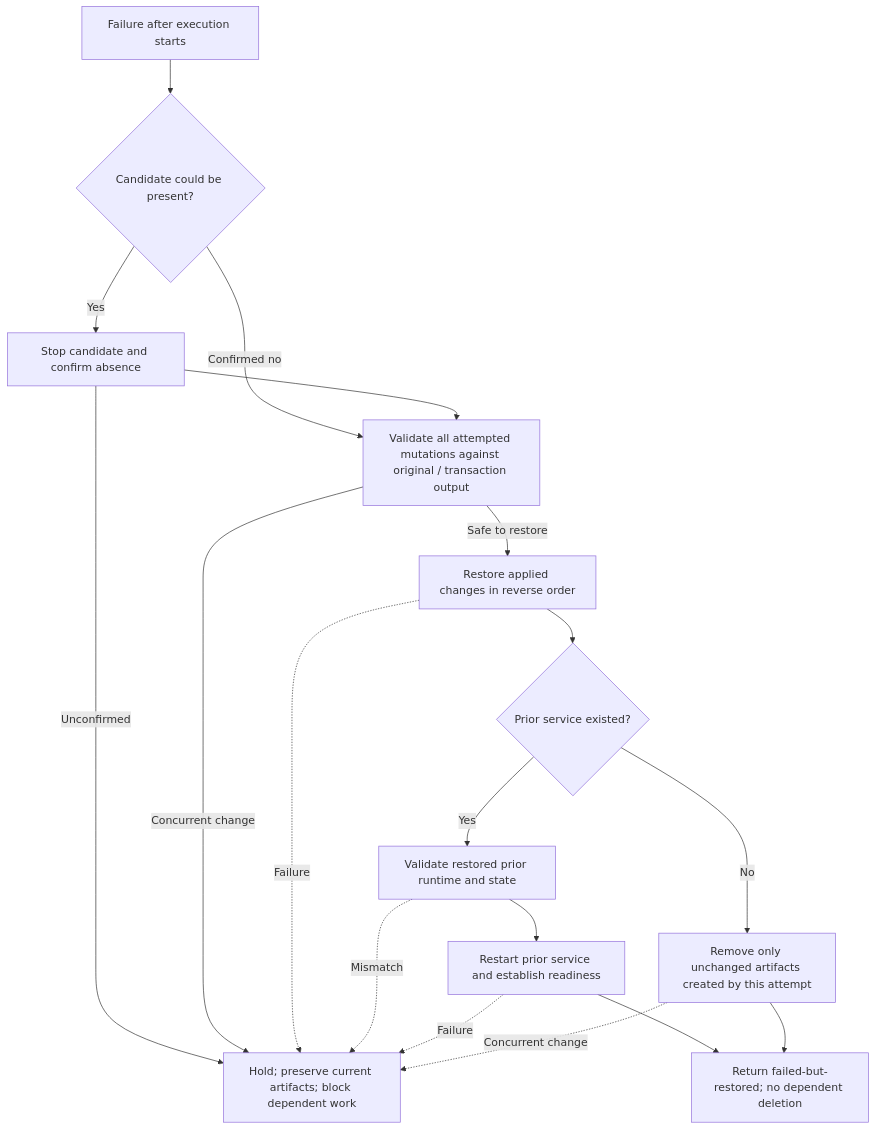
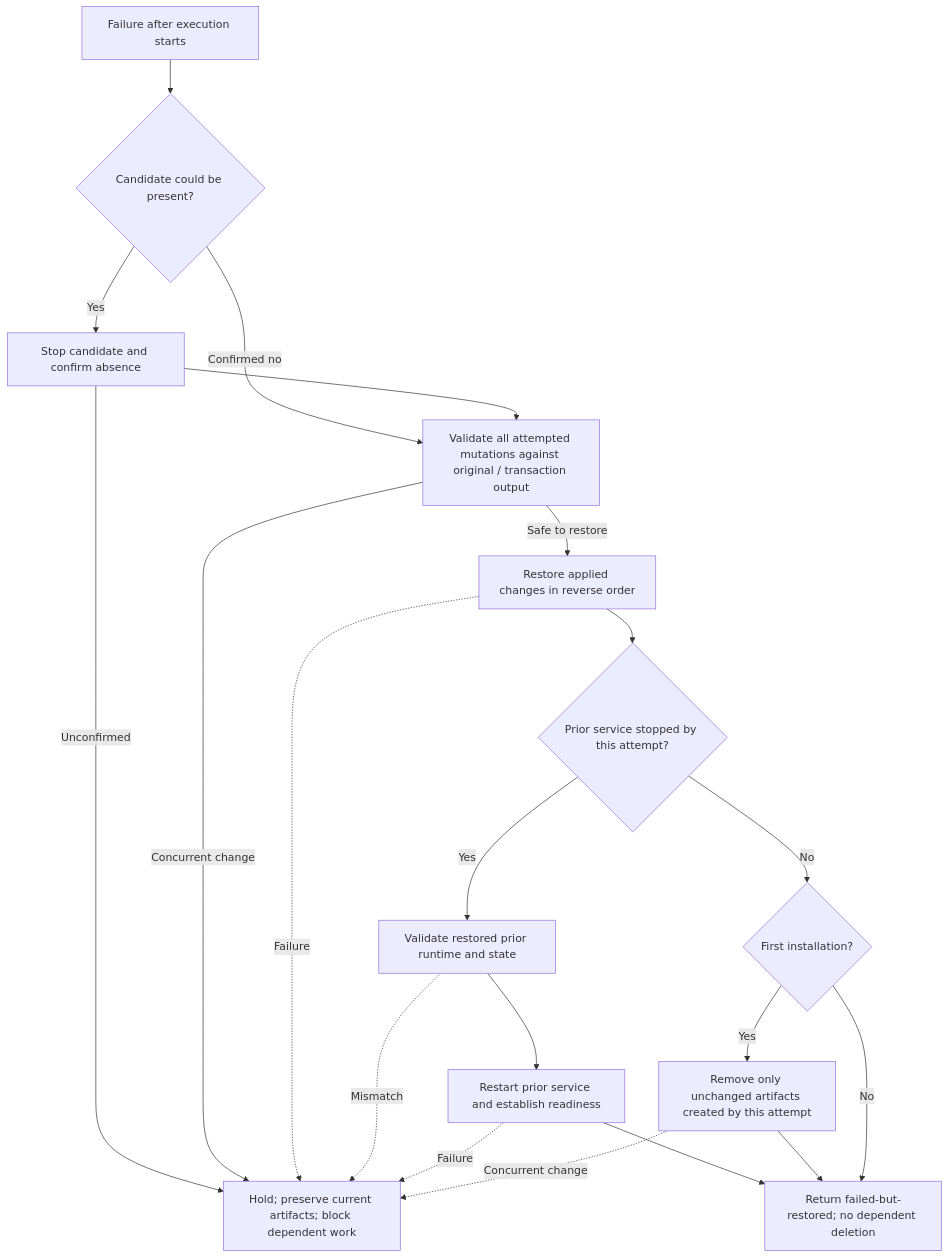
One commit to AidALL/ghost-alice changed the sixth of 6 diagrams in docs/coding-convention/specs/2026-10-15-gateway-installer-design.md. Above: the diagram before and after it, drawn with Mermaid. The commit also changed other lines of this file and 43 other files, not shown here.

````diff
--- a/docs/coding-convention/specs/2026-10-15-gateway-installer-design.md
+++ b/docs/coding-convention/specs/2026-10-15-gateway-installer-design.md
@@ -218,20 +218,22 @@
 ```mermaid
 flowchart TD
     F["Failure after execution starts"] --> C{"Candidate could be present?"}
     C -->|"Yes"| STOP["Stop candidate and confirm absence"]
     C -->|"Confirmed no"| VERIFY["Validate all attempted mutations against original / transaction output"]
     STOP --> VERIFY
     STOP -->|"Unconfirmed"| HOLD["Hold; preserve current artifacts; block dependent work"]
     VERIFY -->|"Concurrent change"| HOLD
     VERIFY -->|"Safe to restore"| RESTORE["Restore applied changes in reverse order"]
-    RESTORE --> PRIOR{"Prior service existed?"}
+    RESTORE --> PRIOR{"Prior service stopped by this attempt?"}
     PRIOR -->|"Yes"| CHECK["Validate restored prior runtime and state"]
     CHECK --> START["Restart prior service and establish readiness"]
-    PRIOR -->|"No"| CLEAN["Remove only unchanged artifacts created by this attempt"]
+    PRIOR -->|"No"| FIRST{"First installation?"}
+    FIRST -->|"Yes"| CLEAN["Remove only unchanged artifacts created by this attempt"]
     START --> FAILED["Return failed-but-restored; no dependent deletion"]
     CLEAN --> FAILED
+    FIRST -->|"No"| FAILED
     RESTORE -. "Failure" .-> HOLD
     CHECK -. "Mismatch" .-> HOLD
     START -. "Failure" .-> HOLD
     CLEAN -. "Concurrent change" .-> HOLD
 ```
````
